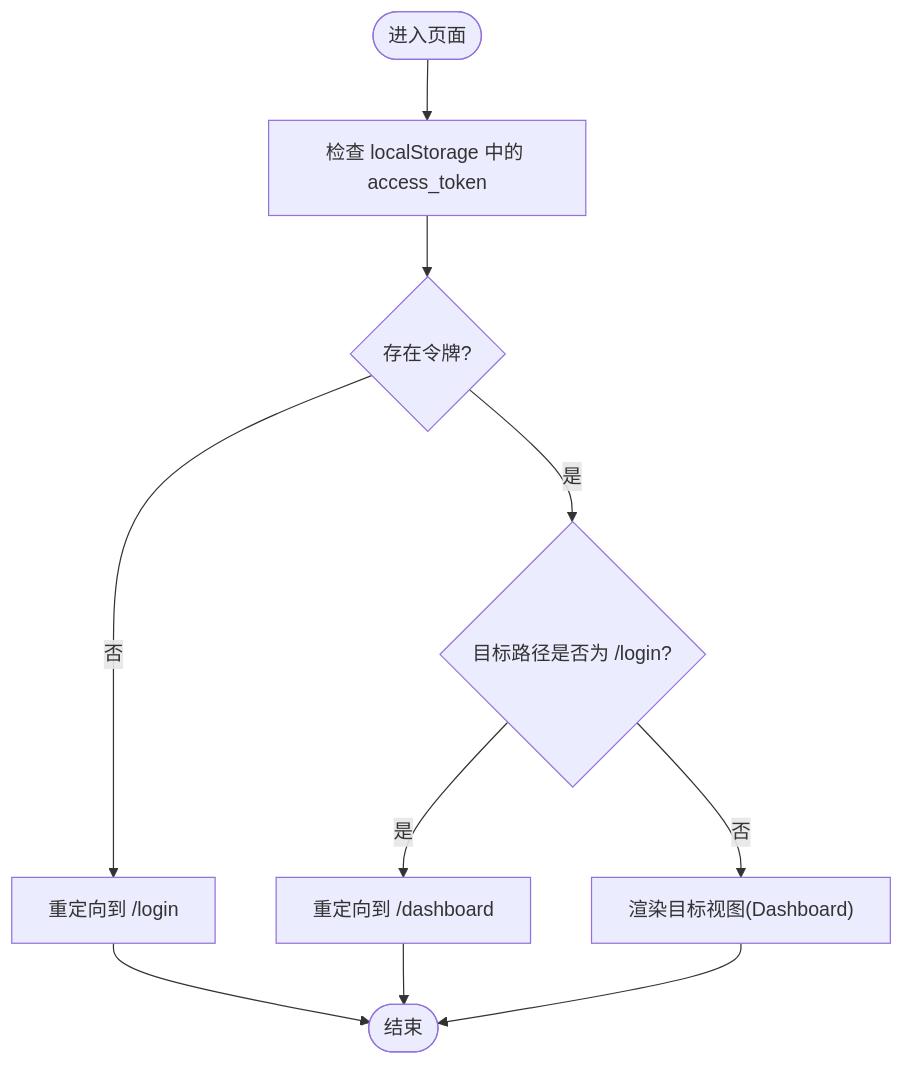
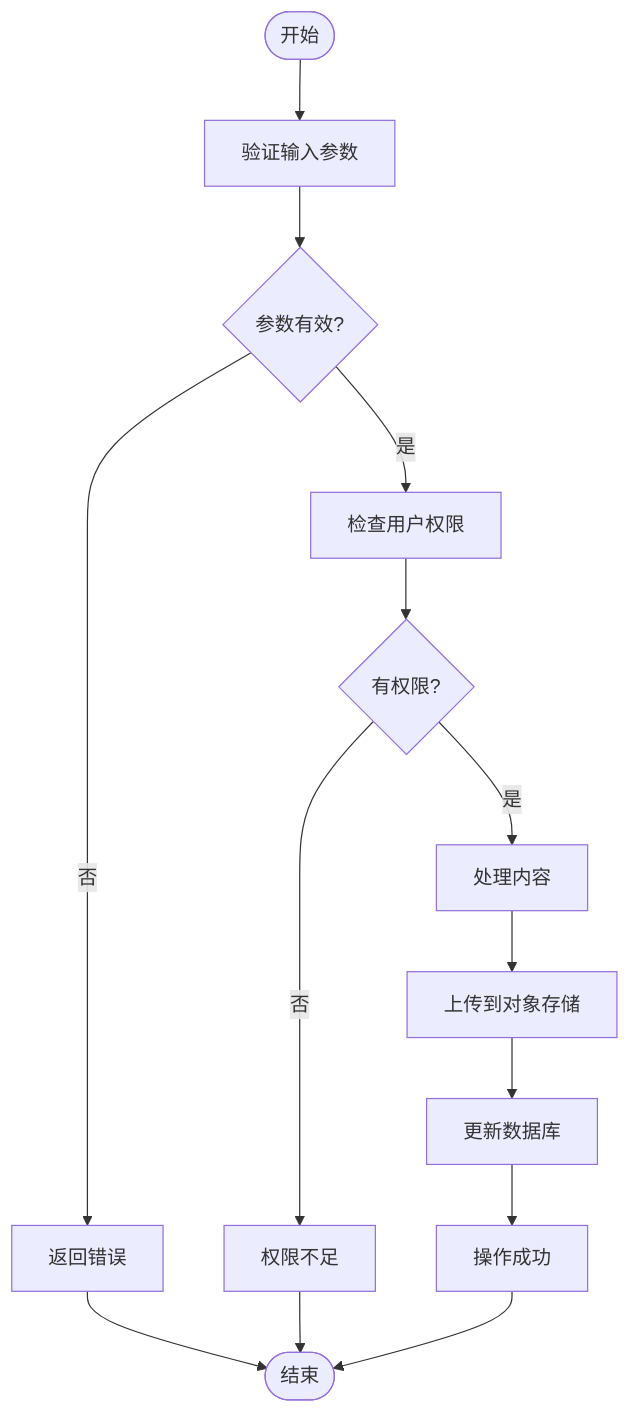
One commit to ATOMLubover/poprako changed the seventh of 9 diagrams in .qoder/repowiki/zh/content/项目概述.md. Above: the diagram before and after it, drawn with Mermaid. The commit also changed other lines of this file and 132 other files, not shown here.

````diff
--- a/.qoder/repowiki/zh/content/项目概述.md
+++ b/.qoder/repowiki/zh/content/项目概述.md
@@ -240,12 +379,16 @@
 ```mermaid
 flowchart TD
-Start(["进入页面"]) --> CheckToken["检查 localStorage 中的 access_token"]
-CheckToken --> HasToken{"存在令牌?"}
-HasToken --> |否| RedirectLogin["重定向到 /login"]
-HasToken --> |是| CanAccess{"目标路径是否为 /login?"}
-CanAccess --> |是| RedirectDash["重定向到 /dashboard"]
-CanAccess --> |否| Render["渲染目标视图(Dashboard)"]
-RedirectLogin --> End(["结束"])
-RedirectDash --> End
-Render --> End
+Start([开始]) --> Validate["验证输入参数"]
+Validate --> Valid{"参数有效?"}
+Valid --> |否| Error["返回错误"]
+Valid --> |是| CheckPermission["检查用户权限"]
+CheckPermission --> HasPermission{"有权限?"}
+HasPermission --> |否| PermissionError["权限不足"]
+HasPermission --> |是| ProcessContent["处理内容"]
+ProcessContent --> UploadOSS["上传到对象存储"]
+UploadOSS --> UpdateDB["更新数据库"]
+UpdateDB --> Success["操作成功"]
+Error --> End([结束])
+PermissionError --> End
+Success --> End
 ```
````
